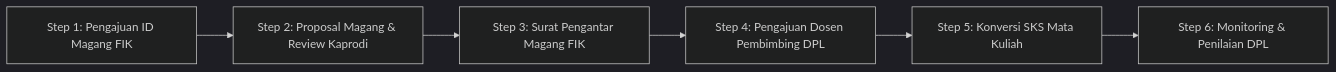
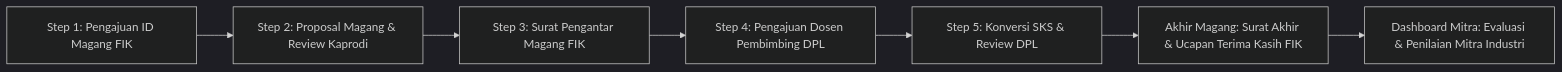
Before and after one commit to Hackathon-4-Punakawan/backend: the first of 3 diagrams in DASHBOARD_MAHASISWA_WORKFLOW.md, drawn with Mermaid (dark theme). The commit also changed other lines of this file, not shown here.

Commit message:
docs: perbarui DASHBOARD_MAHASISWA_WORKFLOW.md dengan alur Surat Akhir, Evaluasi Mitra, dan Method POST/PUT

````diff
--- a/DASHBOARD_MAHASISWA_WORKFLOW.md
+++ b/DASHBOARD_MAHASISWA_WORKFLOW.md
@@ -11,8 +11,9 @@
 ```mermaid
 graph LR
     A[Step 1: Pengajuan ID Magang FIK] --> B[Step 2: Proposal Magang & Review Kaprodi]
     B --> C[Step 3: Surat Pengantar Magang FIK]
     C --> D[Step 4: Pengajuan Dosen Pembimbing DPL]
-    D --> E[Step 5: Konversi SKS Mata Kuliah]
-    E --> F[Step 6: Monitoring & Penilaian DPL]
+    D --> E[Step 5: Konversi SKS & Review DPL]
+    E --> F[Akhir Magang: Surat Akhir & Ucapan Terima Kasih FIK]
+    F --> G[Dashboard Mitra: Evaluasi & Penilaian Mitra Industri]
 ```
````
